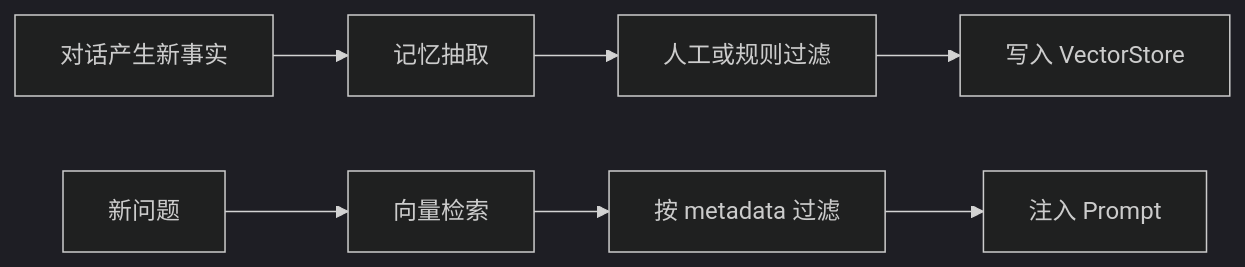
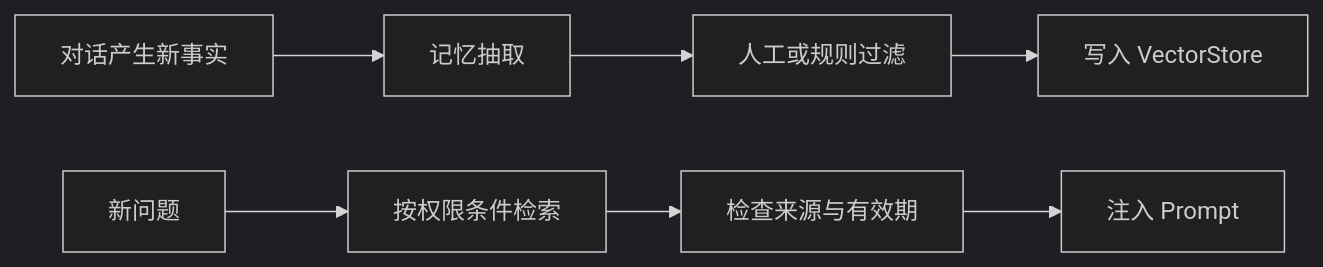
One commit to GuoWWWX/knowledge-base changed the diagram in 10-AI应用开发/04-多轮对话与上下文工程/04-语义检索记忆.md. Above: the diagram before and after it, drawn with Mermaid (dark theme). The commit also changed other lines of this file and 368 other files, not shown here.

````diff
--- a/10-AI应用开发/04-多轮对话与上下文工程/04-语义检索记忆.md
+++ b/10-AI应用开发/04-多轮对话与上下文工程/04-语义检索记忆.md
@@ -56,9 +54,9 @@
 ```mermaid
 flowchart LR
     A[对话产生新事实] --> B[记忆抽取]
     B --> C[人工或规则过滤]
     C --> D[写入 VectorStore]
-    E[新问题] --> F[向量检索]
-    F --> G[按 metadata 过滤]
+    E[新问题] --> F[按权限条件检索]
+    F --> G[检查来源与有效期]
     G --> H[注入 Prompt]
 ```
````
